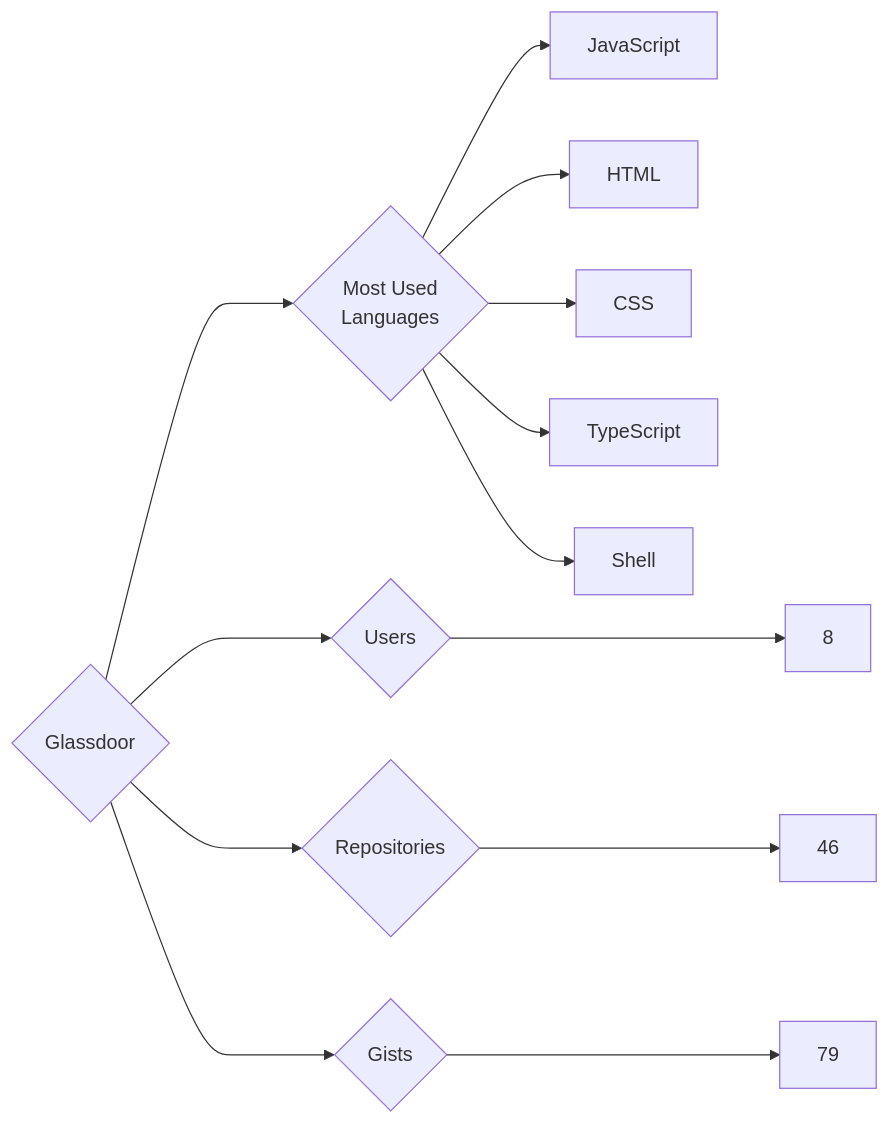
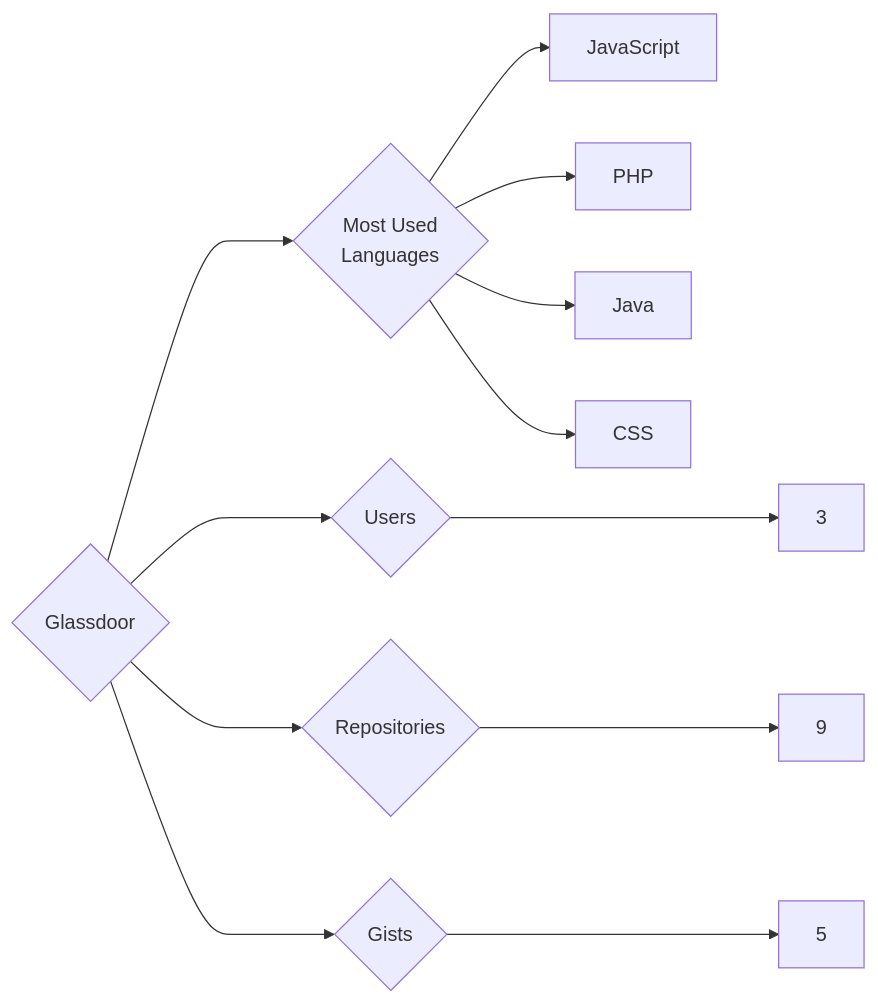
The diagram in targets/Glassdoor/README.md (trickest/insiders), drawn with Mermaid before and after one commit. The commit also changed 676 other files, not shown here.

````diff
--- a/targets/Glassdoor/README.md
+++ b/targets/Glassdoor/README.md
@@ -3,13 +3,12 @@
 ```mermaid
 graph LR
 COMPANY_NAME{Glassdoor}
-COMPANY_NAME ---> U{Users} ---> UN[8]
-COMPANY_NAME ---> R{Repositories} ---> RN[46]
-COMPANY_NAME ---> G{Gists} ---> GN[79]
+COMPANY_NAME ---> U{Users} ---> UN[3]
+COMPANY_NAME ---> R{Repositories} ---> RN[9]
+COMPANY_NAME ---> G{Gists} ---> GN[5]
 COMPANY_NAME ---> ML{Most Used<br>Languages}
 ML --> JavaScript[JavaScript]
-ML --> HTML[HTML]
+ML --> PHP[PHP]
+ML --> Java[Java]
 ML --> CSS[CSS]
-ML --> TypeScript[TypeScript]
-ML --> Shell[Shell]
 ```
````
